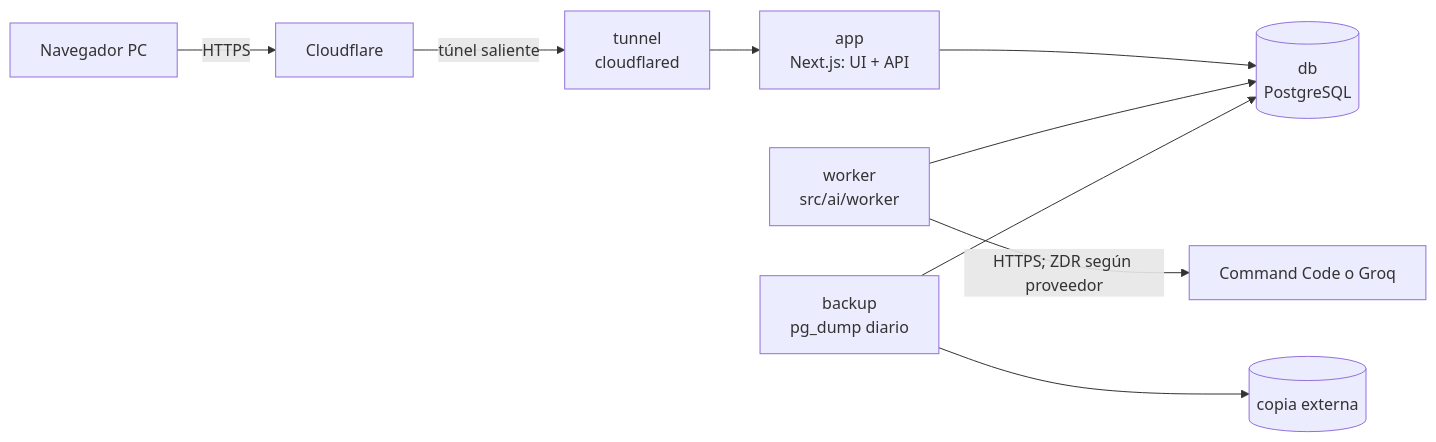
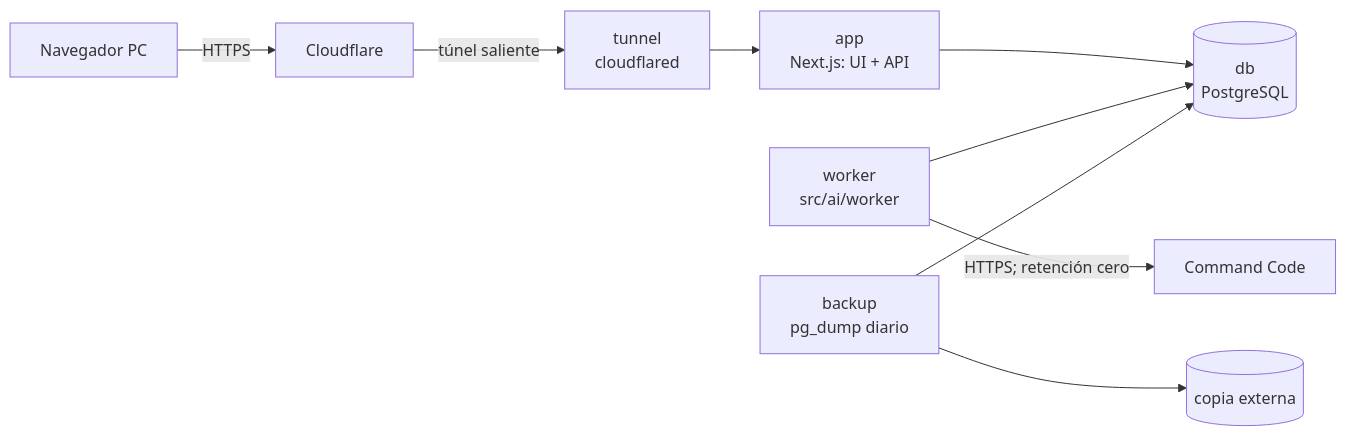
The first of 2 diagrams in DESIGN.md (Allopze/crm-fabrica-neltume), drawn with Mermaid before and after one commit. The commit also changed other lines of this file and 36 other files, not shown here.

First line of the commit message:
feat(ia): Fase 18, Groq deja de ser proveedor de IA (ADR-0022)

````diff
--- a/DESIGN.md
+++ b/DESIGN.md
@@ -7,11 +7,11 @@
 ```mermaid
 flowchart LR
   U[Navegador PC] -->|HTTPS| CF[Cloudflare]
   CF -->|túnel saliente| T[tunnel<br/>cloudflared]
   T --> A[app<br/>Next.js: UI + API]
   A --> D[(db<br/>PostgreSQL)]
   W[worker<br/>src/ai/worker] --> D
-  W -->|HTTPS; ZDR según proveedor| L[Command Code o Groq]
+  W -->|HTTPS; retención cero| L[Command Code]
   B[backup<br/>pg_dump diario] --> D
   B --> X[(copia externa)]
 ```
````
